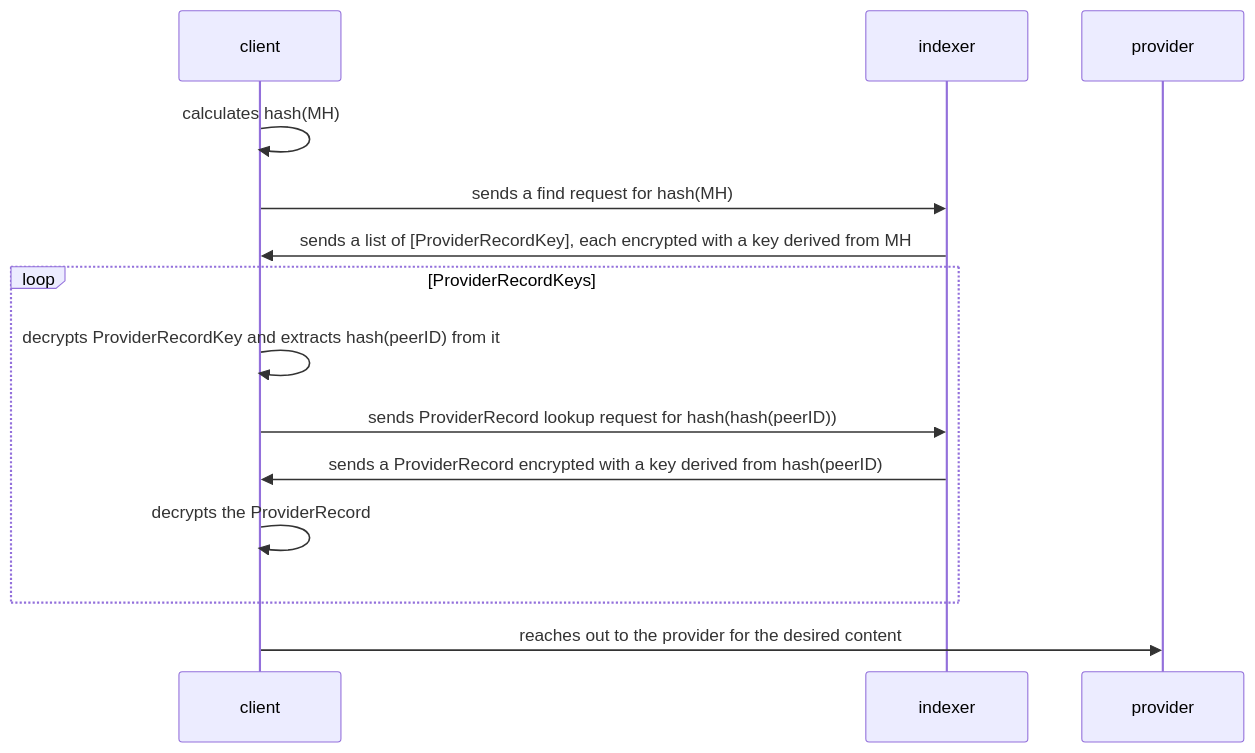
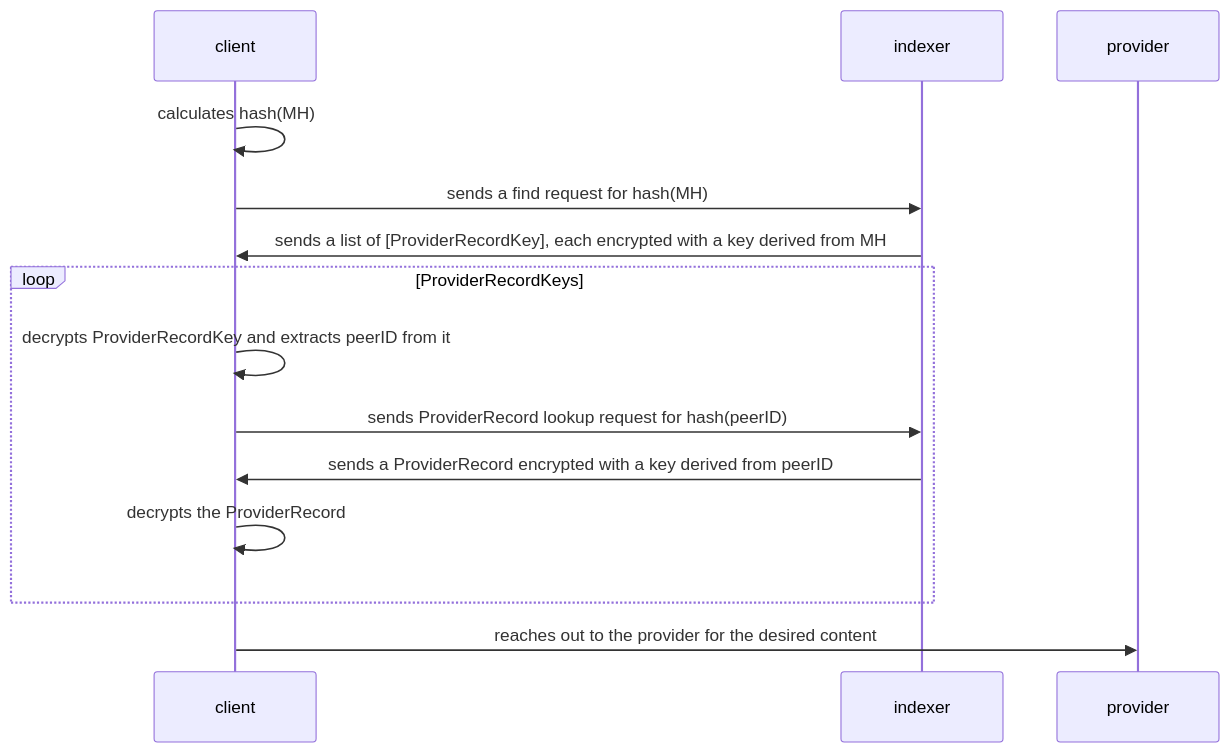
Before and after one commit to ipni/specs: the diagram in reader-privacy.md, drawn with Mermaid. The commit also changed other lines of this file, not shown here.

````diff
--- a/reader-privacy.md
+++ b/reader-privacy.md
@@ -102,16 +102,16 @@
 ```mermaid
 sequenceDiagram
     participant client
     participant indexer
     participant provider
     client->>client: calculates hash(MH)
     client->>indexer: sends a find request for hash(MH)
     indexer->>client: sends a list of [ProviderRecordKey], each encrypted with a key derived from MH
     loop ProviderRecordKeys
-        client->>client: decrypts ProviderRecordKey and extracts hash(peerID) from it
-        client->>indexer: sends ProviderRecord lookup request for hash(hash(peerID))
-        indexer->>client: sends a ProviderRecord encrypted with a key derived from hash(peerID)
+        client->>client: decrypts ProviderRecordKey and extracts peerID from it
+        client->>indexer: sends ProviderRecord lookup request for hash(peerID)
+        indexer->>client: sends a ProviderRecord encrypted with a key derived from peerID
         client->>client: decrypts the ProviderRecord
     end
     client->>provider: reaches out to the provider for the desired content
 ```
````
